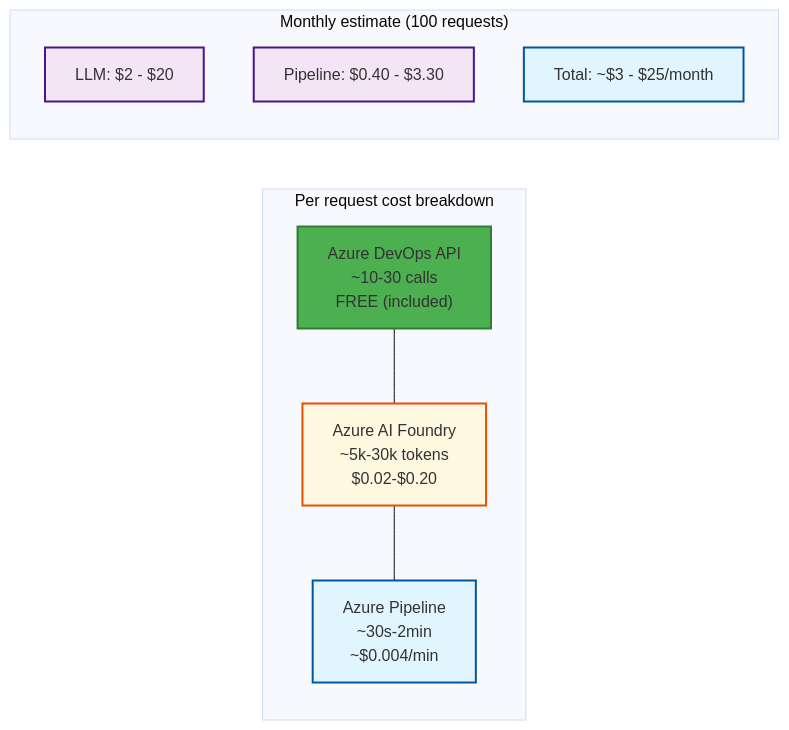
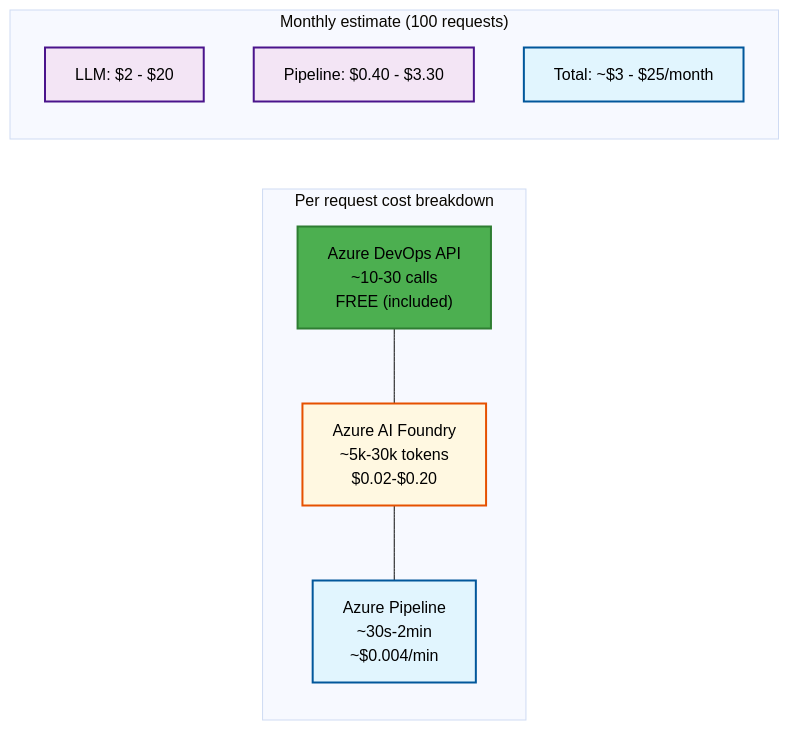
Before and after one commit to victorvos/devops_agent: the eighth of 9 diagrams in README.md, drawn with Mermaid (base theme). The commit also changed other lines of this file and 1 other file, not shown here.

First line of the commit message:
Fix Mermaid text color: use #000000 instead of named colors

````diff
--- a/README.md
+++ b/README.md
@@ -478,23 +458,23 @@
 ```mermaid
 graph LR
     subgraph "Per request cost breakdown"
         direction TB
         A1["Azure DevOps API<br/>~10-30 calls<br/>FREE (included)"] --- A2["Azure AI Foundry<br/>~5k-30k tokens<br/>$0.02-$0.20"]
         A2 --- A3["Azure Pipeline<br/>~30s-2min<br/>~$0.004/min"]
     end
 
     subgraph "Monthly estimate (100 requests)"
         direction TB
         B1["LLM: $2 - $20"]
         B2["Pipeline: $0.40 - $3.30"]
         B3["Total: ~$3 - $25/month"]
     end
 
     %% Styling
-    style A1 fill:#4caf50,stroke:#2e7d32,stroke-width:2px,color:#white
-    style A2 fill:#fff8e1,stroke:#e65100,stroke-width:2px,color:#black
-    style A3 fill:#e1f5fe,stroke:#01579b,stroke-width:2px,color:#black
-    style B1 fill:#f3e5f5,stroke:#4a148c,stroke-width:2px,color:#black
-    style B2 fill:#f3e5f5,stroke:#4a148c,stroke-width:2px,color:#black
-    style B3 fill:#e1f5fe,stroke:#01579b,stroke-width:2px,color:#black
+    style A1 fill:#4caf50,stroke:#2e7d32,stroke-width:2px,color:#000000
+    style A2 fill:#fff8e1,stroke:#e65100,stroke-width:2px,color:#000000
+    style A3 fill:#e1f5fe,stroke:#01579b,stroke-width:2px,color:#000000
+    style B1 fill:#f3e5f5,stroke:#4a148c,stroke-width:2px,color:#000000
+    style B2 fill:#f3e5f5,stroke:#4a148c,stroke-width:2px,color:#000000
+    style B3 fill:#e1f5fe,stroke:#01579b,stroke-width:2px,color:#000000
 ```
````
